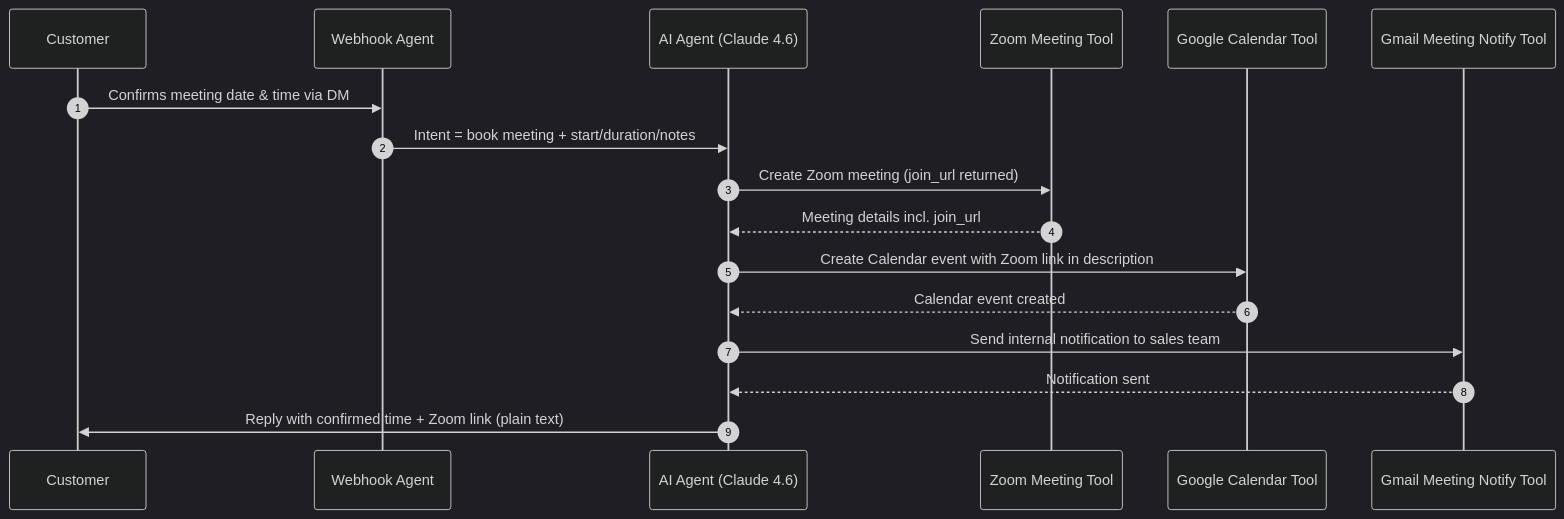
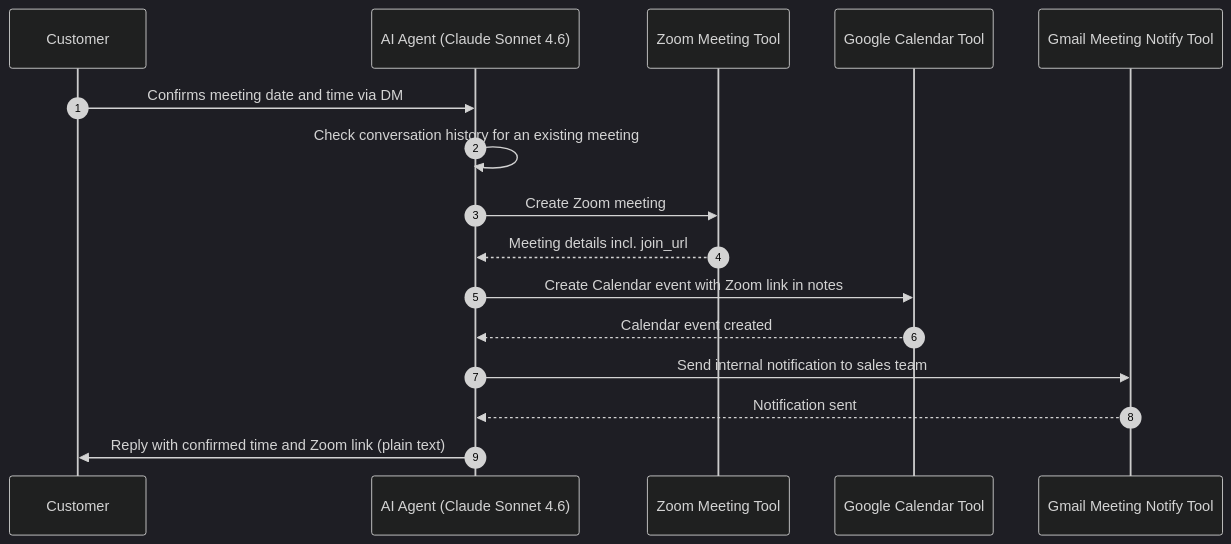
The second of 2 diagrams in README.md (Anukul-Chandra/Multi-Tenant-Social-Media-Response-Agent), drawn with Mermaid (dark theme) before and after one commit. The commit also changed other lines of this file, not shown here.

````diff
--- a/README.md
+++ b/README.md
@@ -133,20 +132,19 @@
 ```mermaid
 sequenceDiagram
     autonumber
     participant C as Customer
-    participant WA as Webhook Agent
-    participant AA as AI Agent (Claude 4.6)
+    participant AA as AI Agent (Claude Sonnet 4.6)
     participant ZM as Zoom Meeting Tool
     participant GC as Google Calendar Tool
     participant GM as Gmail Meeting Notify Tool
 
-    C->>WA: Confirms meeting date & time via DM
-    WA->>AA: Intent = book meeting + start/duration/notes
-    AA->>ZM: Create Zoom meeting (join_url returned)
+    C->>AA: Confirms meeting date and time via DM
+    AA->>AA: Check conversation history for an existing meeting
+    AA->>ZM: Create Zoom meeting
     ZM-->>AA: Meeting details incl. join_url
-    AA->>GC: Create Calendar event with Zoom link in description
+    AA->>GC: Create Calendar event with Zoom link in notes
     GC-->>AA: Calendar event created
     AA->>GM: Send internal notification to sales team
     GM-->>AA: Notification sent
-    AA->>C: Reply with confirmed time + Zoom link (plain text)
+    AA->>C: Reply with confirmed time and Zoom link (plain text)
 ```
````
